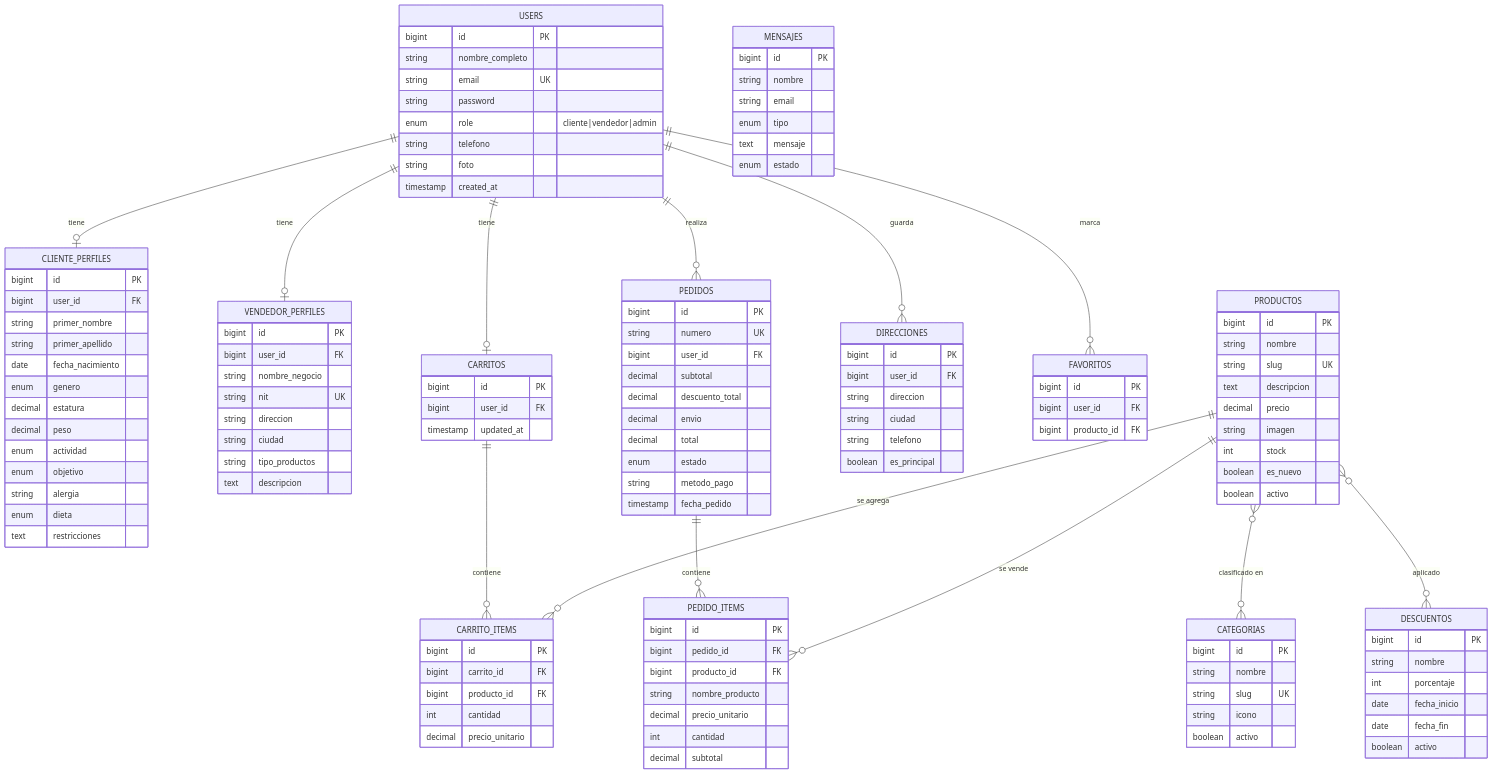
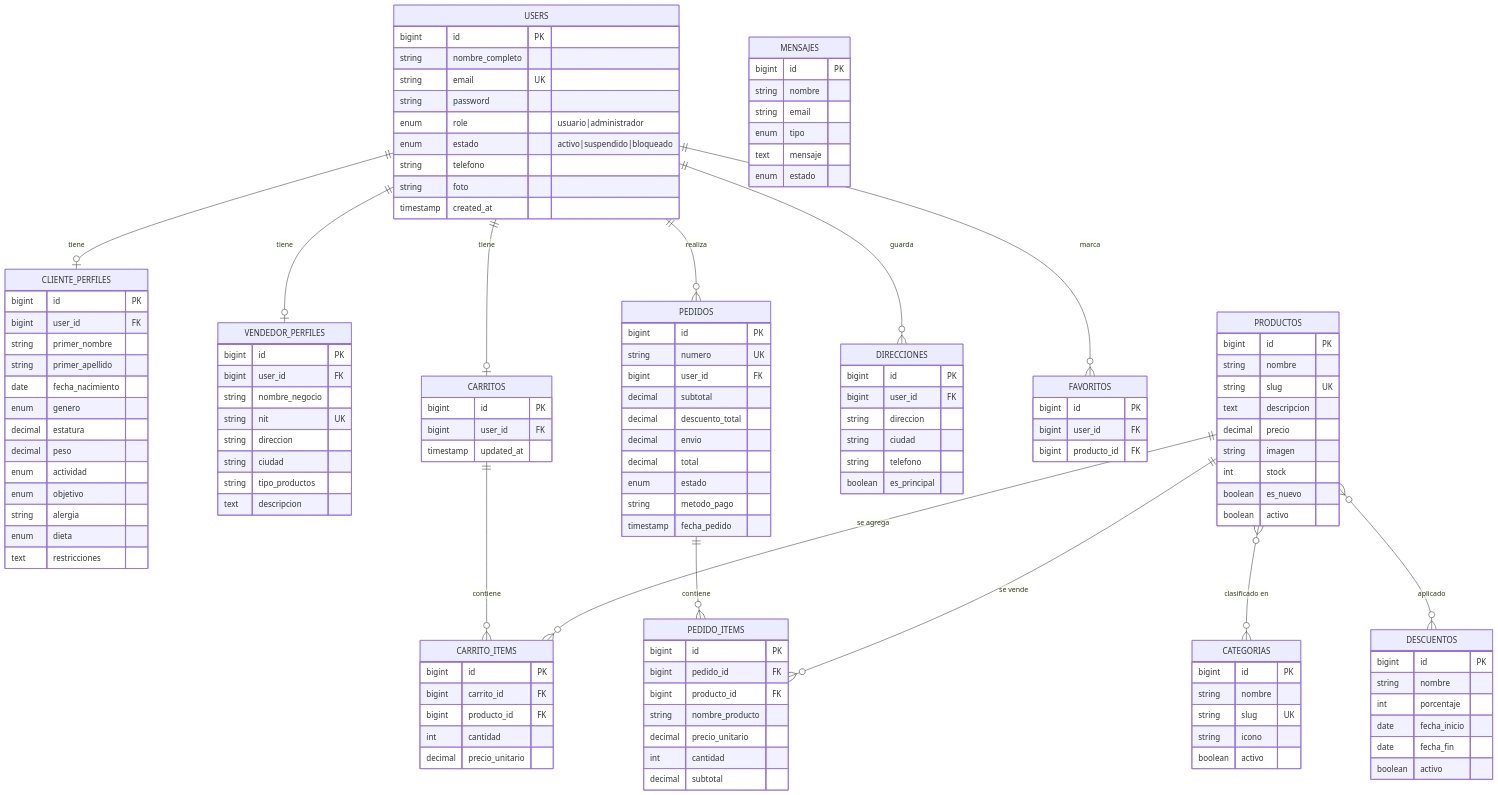
One commit to juli08b/Proyecto-Nutrik changed the diagram in MODELO-DATOS-NUTRIK.md. Above: the diagram before and after it, drawn with Mermaid. The commit also changed other lines of this file and 42 other files, not shown here.

```diff
--- a/MODELO-DATOS-NUTRIK.md
+++ b/MODELO-DATOS-NUTRIK.md
@@ -60,7 +134,8 @@
         string nombre_completo
         string email UK
         string password
-        enum role "cliente|vendedor|admin"
+        enum role "usuario|administrador"
+        enum estado "activo|suspendido|bloqueado"
         string telefono
         string foto
         timestamp created_at
```
